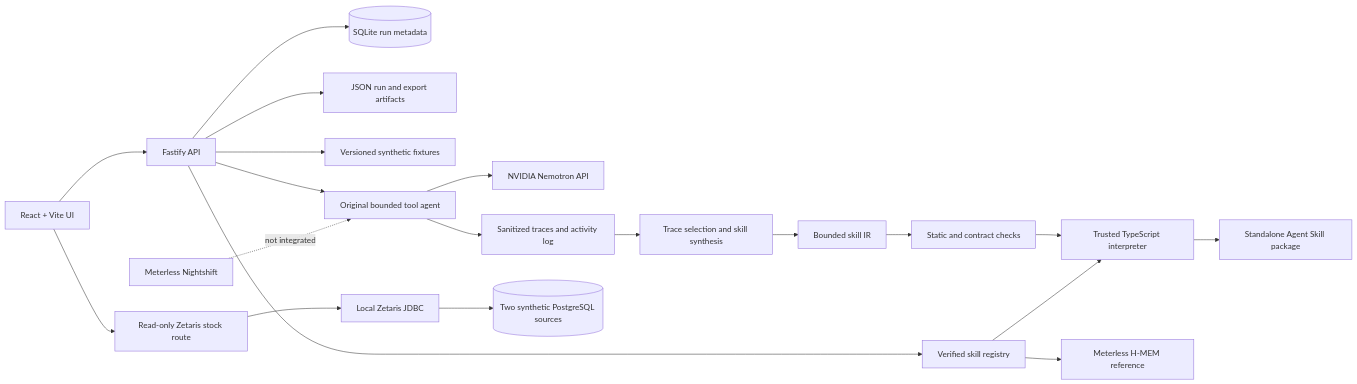
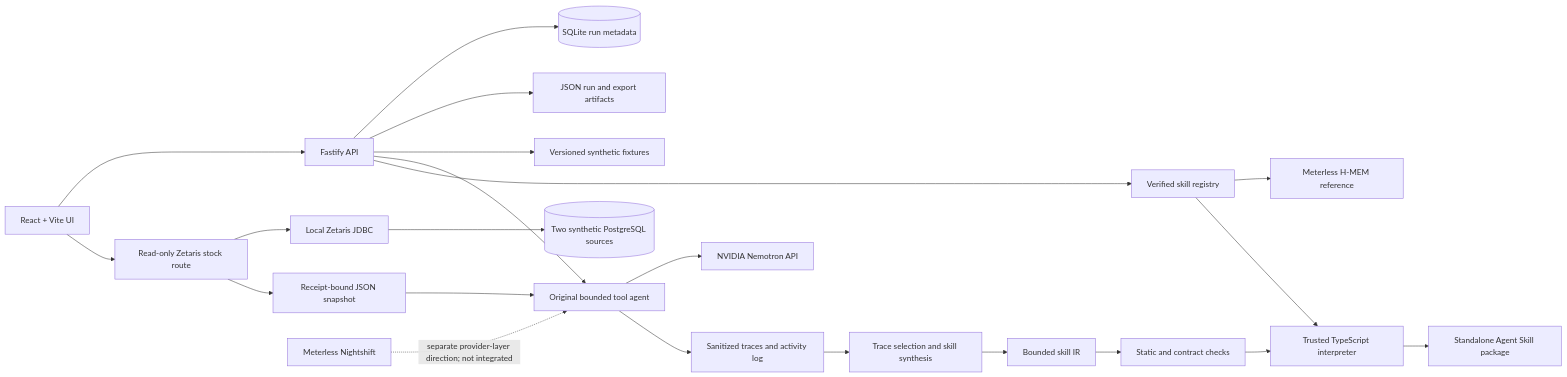
The diagram in docs/architecture.md (SS-360/ember-forge), drawn with Mermaid before and after one commit. The commit also changed other lines of this file and 18 other files, not shown here.

````diff
--- a/docs/architecture.md
+++ b/docs/architecture.md
@@ -5,22 +5,24 @@
 ```mermaid
 flowchart LR
   UI[React + Vite UI] --> API[Fastify API]
   API --> DB[(SQLite run metadata)]
   API --> ART[JSON run and export artifacts]
   API --> FIX[Versioned synthetic fixtures]
   API --> AGENT[Original bounded tool agent]
   AGENT --> NEM[NVIDIA Nemotron API]
   AGENT --> TRACE[Sanitized traces and activity log]
   TRACE --> COMP[Trace selection and skill synthesis]
   COMP --> IR[Bounded skill IR]
   IR --> CHECK[Static and contract checks]
   CHECK --> RUNTIME[Trusted TypeScript interpreter]
   RUNTIME --> EXPORT[Standalone Agent Skill package]
   API --> MEMORY[Verified skill registry]
   MEMORY --> HMEM[Meterless H-MEM reference]
   MEMORY --> RUNTIME
   UI --> ZROUTE[Read-only Zetaris stock route]
   ZROUTE --> ZLOCAL[Local Zetaris JDBC]
   ZLOCAL --> PG[(Two synthetic PostgreSQL sources)]
-  NIGHT[Meterless Nightshift] -. not integrated .-> AGENT
+  ZROUTE --> SNAP[Receipt-bound JSON snapshot]
+  SNAP --> AGENT
+  NIGHT[Meterless Nightshift] -. separate provider-layer direction; not integrated .-> AGENT
 ```
````
